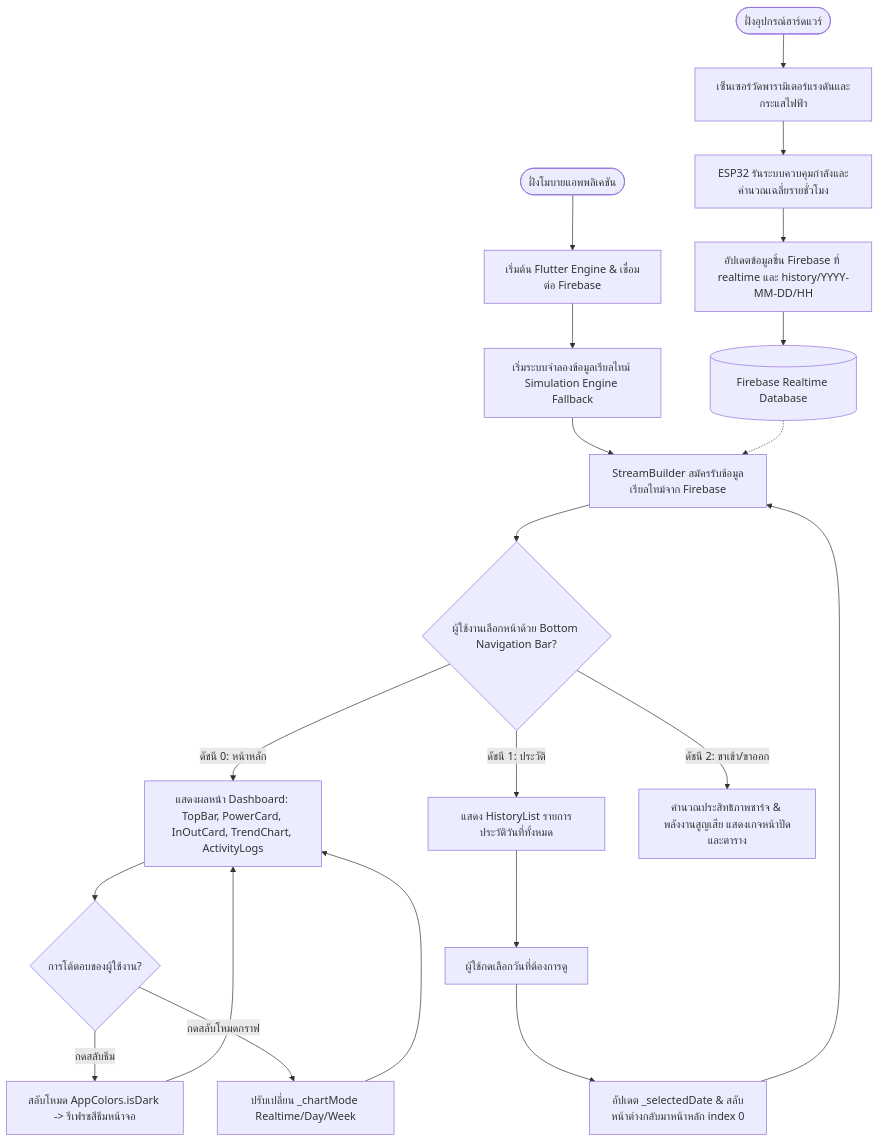
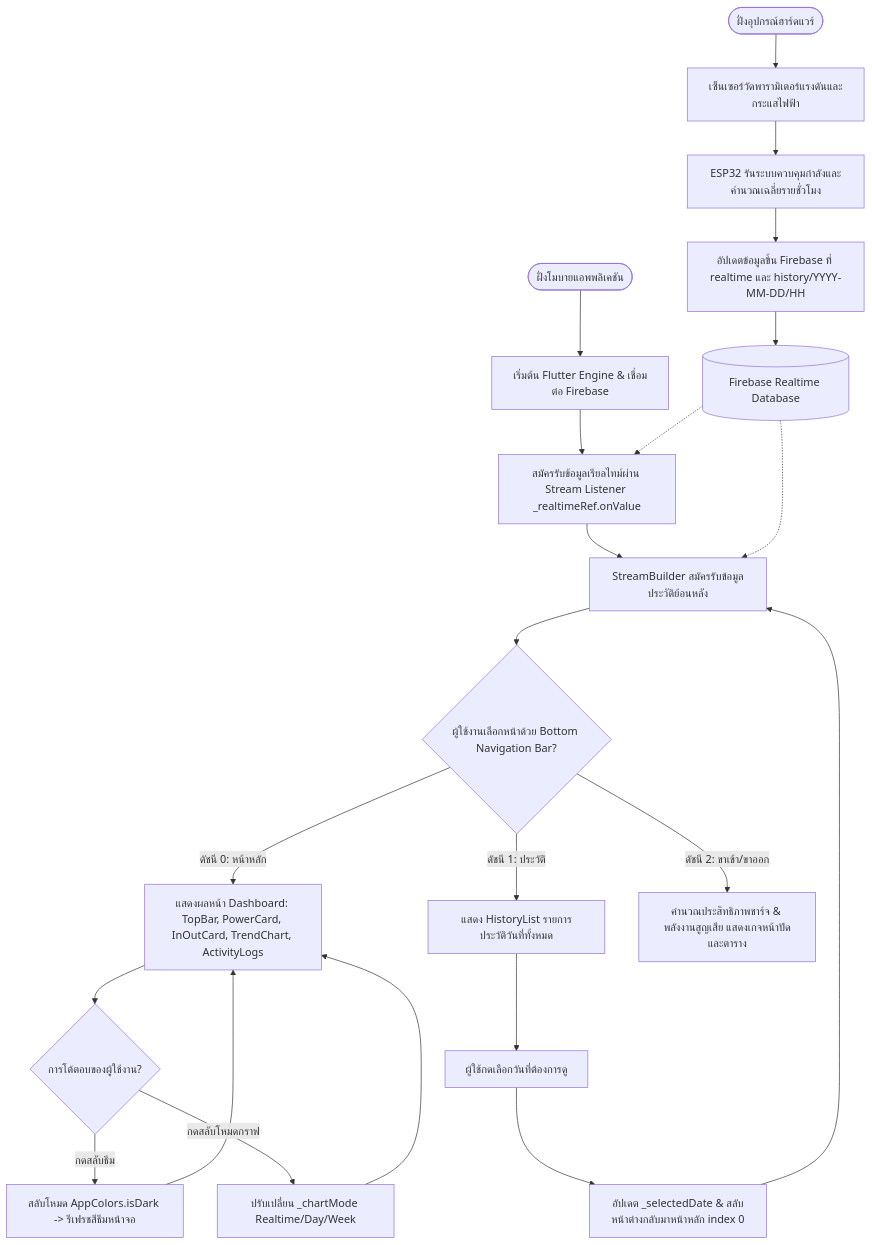
One commit to Narathon082/projectGA changed the third of 3 diagrams in chapter3_ui_methodology.md. Above: the diagram before and after it, drawn with Mermaid. The commit also changed other lines of this file and 2 other files, not shown here.

Commit message:
feat: implement real-time energy monitoring dashboard with Firebase integration and chart visualization

````diff
--- a/chapter3_ui_methodology.md
+++ b/chapter3_ui_methodology.md
@@ -136,25 +136,26 @@
 ```mermaid
 flowchart TD
     HW_Start([ฝั่งอุปกรณ์ฮาร์ดแวร์]) --> HW_Read[เซ็นเซอร์วัดพารามิเตอร์แรงดันและกระแสไฟฟ้า]
     HW_Read --> HW_Time[ESP32 รันระบบควบคุมกำลังและคำนวณเฉลี่ยรายชั่วโมง]
     HW_Time --> HW_Send[อัปเดตข้อมูลขึ้น Firebase ที่ realtime และ history/YYYY-MM-DD/HH]
     HW_Send --> Firebase[(Firebase Realtime Database)]
     
     App_Start([ฝั่งโมบายแอพพลิเคชัน]) --> App_Init[เริ่มต้น Flutter Engine & เชื่อมต่อ Firebase]
-    App_Init --> Sim_Start[เริ่มระบบจำลองข้อมูลเรียลไทม์ Simulation Engine Fallback]
-    Sim_Start --> Stream[StreamBuilder สมัครรับข้อมูลเรียลไทม์จาก Firebase]
+    App_Init --> Real_Sub[สมัครรับข้อมูลเรียลไทม์ผ่าน Stream Listener _realtimeRef.onValue]
+    Real_Sub --> Stream[StreamBuilder สมัครรับข้อมูลประวัติย้อนหลัง]
     Firebase -.-> Stream
+    Firebase -.-> Real_Sub
     
     Stream --> NavSelect{ผู้ใช้งานเลือกหน้าด้วย Bottom Navigation Bar?}
     
     NavSelect -- ดัชนี 0: หน้าหลัก --> ShowDashboard[แสดงผลหน้า Dashboard: TopBar, PowerCard, InOutCard, TrendChart, ActivityLogs]
     NavSelect -- ดัชนี 1: ประวัติ --> ShowHistory[แสดง HistoryList รายการประวัติวันที่ทั้งหมด]
     NavSelect -- ดัชนี 2: ขาเข้า/ขาออก --> ShowInOut[คำนวณประสิทธิภาพชาร์จ & พลังงานสูญเสีย แสดงเกจหน้าปัดและตาราง]
     
     ShowHistory --> SelectHistDate[ผู้ใช้กดเลือกวันที่ต้องการดู]
     SelectHistDate --> UpdateState[อัปเดต _selectedDate & สลับหน้าต่างกลับมาหน้าหลัก index 0] --> Stream
     
     ShowDashboard --> UserInteract{การโต้ตอบของผู้ใช้งาน?}
     UserInteract -- กดสลับธีม --> ChangeTheme[สลับโหมด AppColors.isDark -> รีเฟรชสีธีมหน้าจอ] --> ShowDashboard
     UserInteract -- กดสลับโหมดกราฟ --> ChangeChartMode[ปรับเปลี่ยน _chartMode Realtime/Day/Week] --> ShowDashboard
 ```
````
